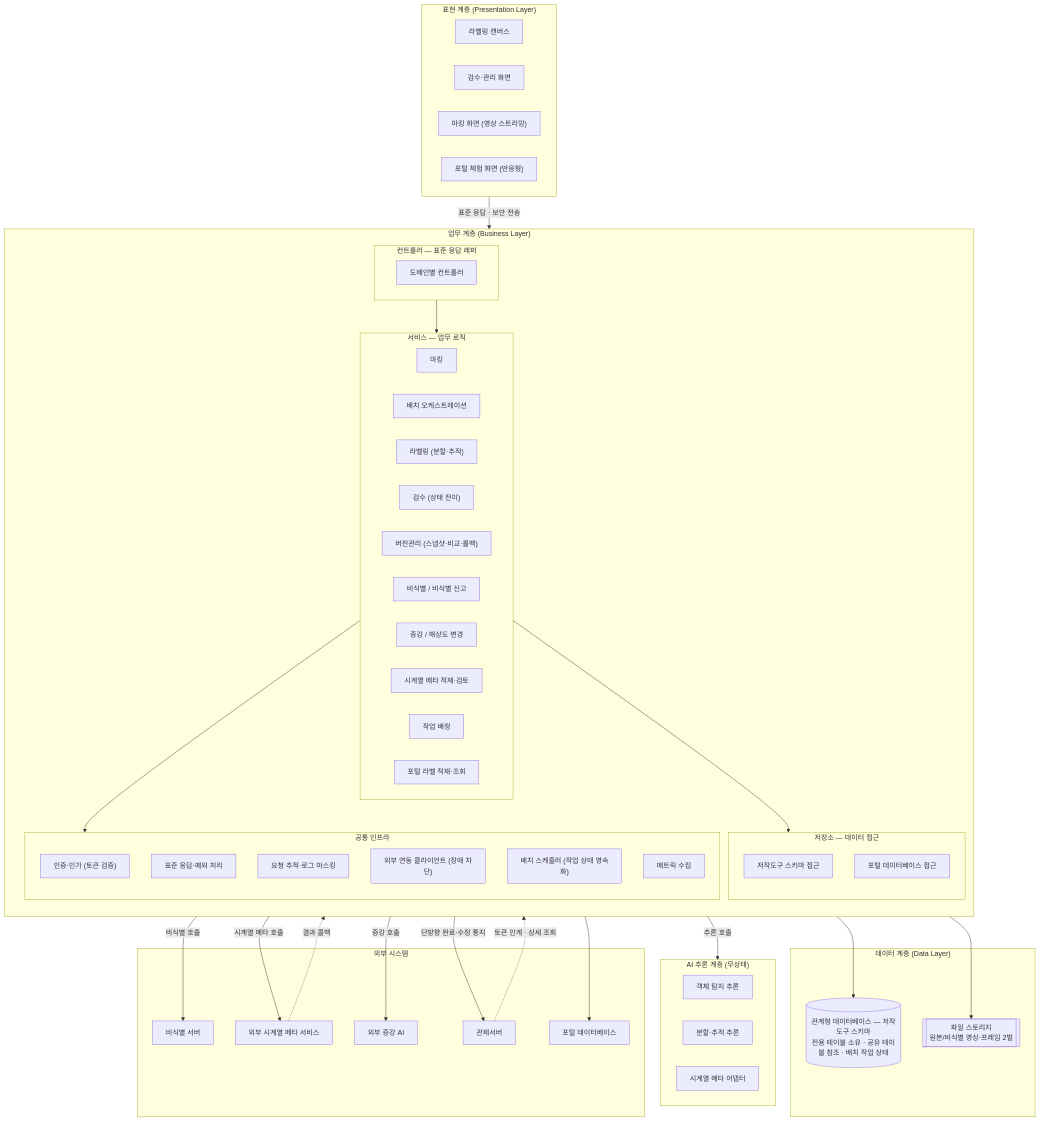
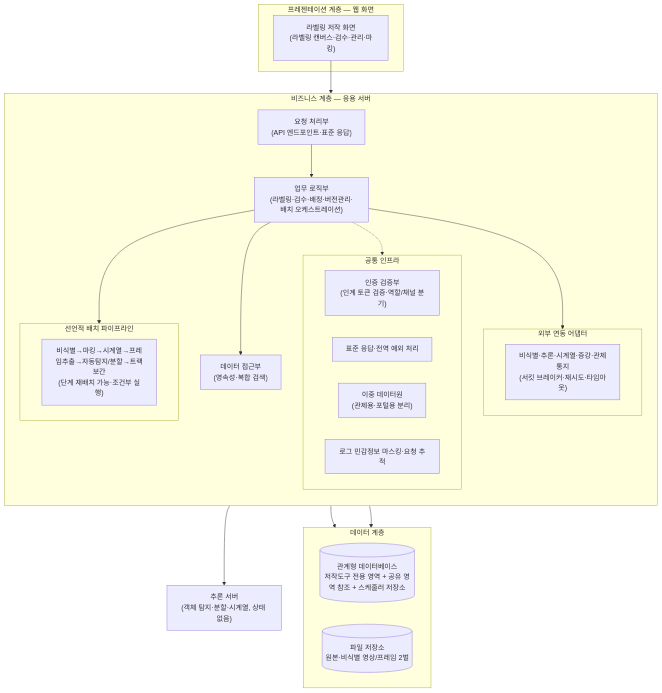
The first of 2 diagrams in docs/design/D5-아키텍처설계서.md (New-stella/klid-label), drawn with Mermaid before and after one commit. The commit also changed other lines of this file and 10 other files, not shown here.

````diff
--- a/docs/design/D5-아키텍처설계서.md
+++ b/docs/design/D5-아키텍처설계서.md
@@ -35,74 +22,46 @@
 ```mermaid
 flowchart TB
-    subgraph PRES["표현 계층 (Presentation Layer)"]
-        UI_LABEL["라벨링 캔버스"]
-        UI_REVIEW["검수·관리 화면"]
-        UI_MARK["마킹 화면 (영상 스트리밍)"]
-        UI_PORTAL["포털 체험 화면 (반응형)"]
+    subgraph PL["프레젠테이션 계층 — 웹 화면"]
+        FE["라벨링 저작 화면<br/>(라벨링 캔버스·검수·관리·마킹)"]
     end
 
-    subgraph BIZ["업무 계층 (Business Layer)"]
+    subgraph BL["비즈니스 계층 — 응용 서버"]
         direction TB
-        subgraph CTRL["컨트롤러 — 표준 응답 래퍼"]
-            C_API["도메인별 컨트롤러"]
+        CTRL["요청 처리부<br/>(API 엔드포인트·표준 응답)"]
+        SVC["업무 로직부<br/>(라벨링·검수·배정·버전관리·배치 오케스트레이션)"]
+        REPO["데이터 접근부<br/>(영속성·복합 검색)"]
+        subgraph INFRA["공통 인프라"]
+            direction LR
+            AUTH["인증 검증부<br/>(인계 토큰 검증·역할/채널 분기)"]
+            ERR["표준 응답·전역 예외 처리"]
+            DS["이중 데이터원<br/>(관제용·포털용 분리)"]
+            LOG["로그 민감정보 마스킹·요청 추적"]
         end
-        subgraph SVC["서비스 — 업무 로직"]
-            S_MARK["마킹"]
-            S_BATCH["배치 오케스트레이션"]
-            S_LABEL["라벨링 (분할·추적)"]
-            S_REVIEW["검수 (상태 전이)"]
-            S_VER["버전관리 (스냅샷·비교·롤백)"]
-            S_DEID["비식별 / 비식별 신고"]
-            S_AUG["증강 / 해상도 변경"]
-            S_VLM["시계열 메타 적재·검토"]
-            S_ASSIGN["작업 배정"]
-            S_PORTAL["포털 라벨 적재·조회"]
+        subgraph EXT["외부 연동 어댑터"]
+            direction LR
+            ADP["비식별·추론·시계열·증강·관제통지<br/>(서킷 브레이커·재시도·타임아웃)"]
         end
-        subgraph REPO["저장소 — 데이터 접근"]
-            R_CTRL["저작도구 스키마 접근"]
-            R_PORTAL["포털 데이터베이스 접근"]
-        end
-        subgraph INFRA["공통 인프라"]
-            I_SEC["인증·인가 (토큰 검증)"]
-            I_RESP["표준 응답·예외 처리"]
-            I_LOG["요청 추적·로그 마스킹"]
-            I_CLIENT["외부 연동 클라이언트 (장애 차단)"]
-            I_SCHED["배치 스케줄러 (작업 상태 영속화)"]
-            I_OBS["메트릭 수집"]
+        subgraph PIPE["선언적 배치 파이프라인"]
+            direction LR
+            STEP["비식별→마킹→시계열→프레임추출→자동탐지/분할→트랙보간<br/>(단계 재배치 가능·조건부 실행)"]
         end
     end
 
-    subgraph DATA["데이터 계층 (Data Layer)"]
-        DB[("관계형 데이터베이스 — 저작도구 스키마<br/>전용 테이블 소유 · 공유 테이블 참조 · 배치 작업 상태")]
-        FS[["파일 스토리지<br/>원본/비식별 영상·프레임 2벌"]]
+    subgraph DL["데이터 계층"]
+        direction LR
+        DB[("관계형 데이터베이스<br/>저작도구 전용 영역 + 공유 영역 참조 + 스케줄러 저장소")]
+        FS[("파일 저장소<br/>원본·비식별 영상/프레임 2벌")]
     end
 
-    subgraph AI["AI 추론 계층 (무상태)"]
-        AI_YOLO["객체 탐지 추론"]
-        AI_SAM2["분할·추적 추론"]
-        AI_VLM["시계열 메타 어댑터"]
-    end
+    AISVR["추론 서버<br/>(객체 탐지·분할·시계열, 상태 없음)"]
 
-    subgraph EXT["외부 시스템"]
-        E_DEID["비식별 서버"]
-        E_VLM["외부 시계열 메타 서비스"]
-        E_AUG["외부 증강 AI"]
-        E_CTRL["관제서버"]
-        E_PORTALDB["포털 데이터베이스"]
-    end
-
-    PRES -->|"표준 응답 · 보안 전송"| CTRL
+    FE --> CTRL
     CTRL --> SVC
     SVC --> REPO
-    SVC --> INFRA
+    SVC -.-> INFRA
+    SVC --> EXT
+    SVC --> PIPE
     REPO --> DB
     SVC --> FS
-    I_CLIENT -->|추론 호출| AI
-    I_CLIENT -->|비식별 호출| E_DEID
-    I_CLIENT -->|시계열 메타 호출| E_VLM
-    I_CLIENT -->|증강 호출| E_AUG
-    I_CLIENT -->|단방향 완료·수정 통지| E_CTRL
-    R_PORTAL --> E_PORTALDB
-    E_CTRL -.->|토큰 인계 · 상세 조회| CTRL
-    E_VLM -.->|결과 콜백| CTRL
+    EXT --> AISVR
 ```
````
